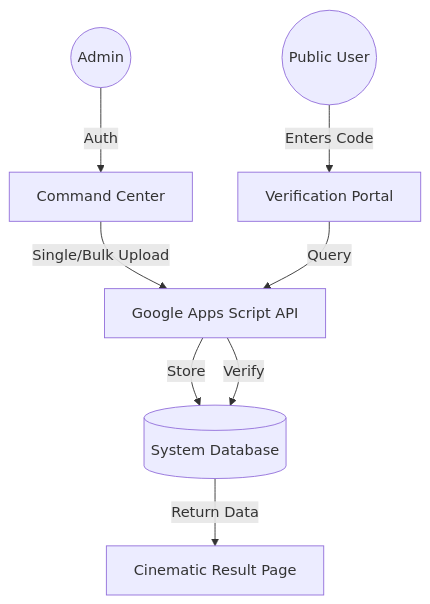
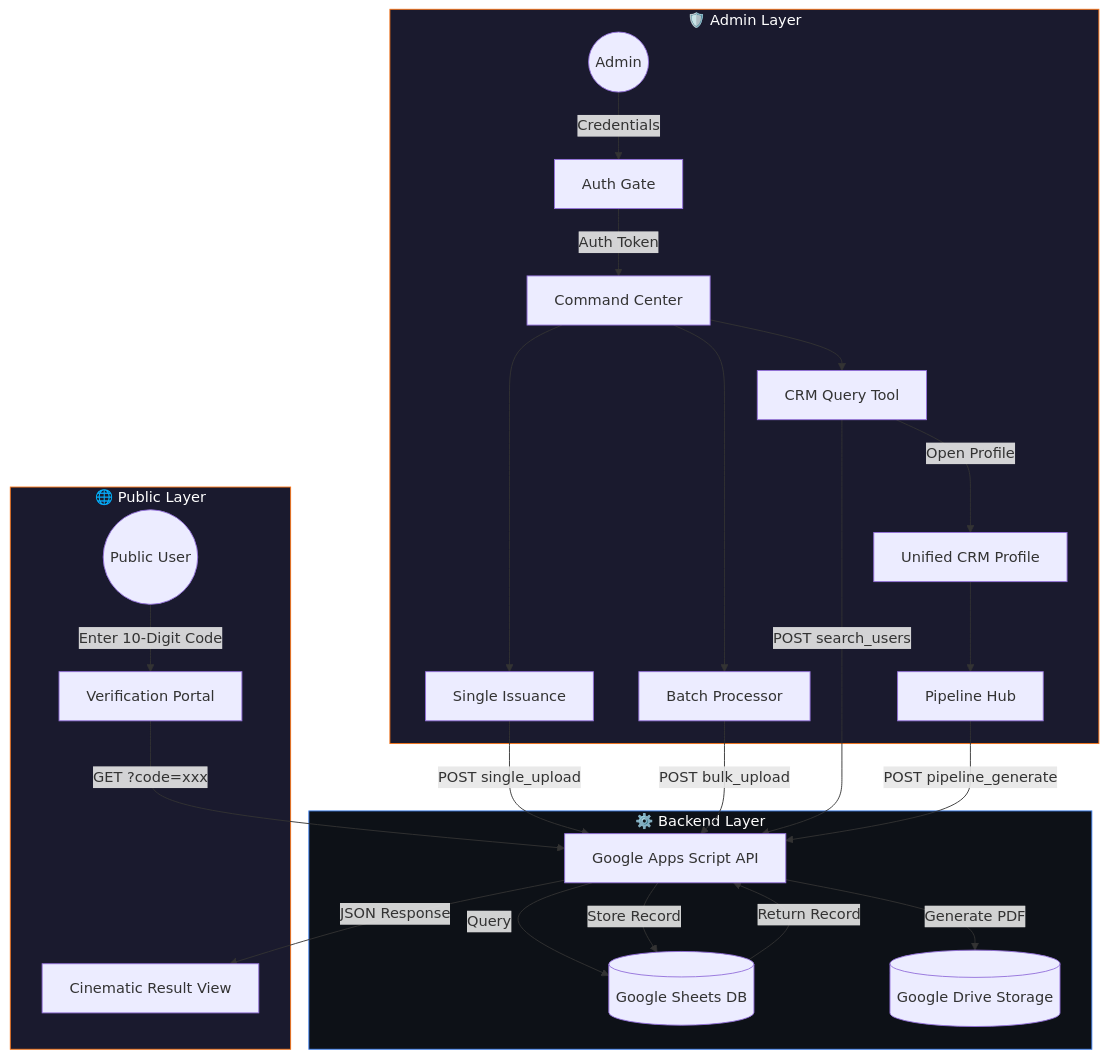
One commit to santanu949/Tiesverse-Verification-System changed the diagram in README.md. Above: the diagram before and after it, drawn with Mermaid. The commit also changed other lines of this file, not shown here.

Commit message:
docs: comprehensive README upgrade with architecture diagram, full feature matrix, and project structure

````diff
--- a/README.md
+++ b/README.md
@@ -35,11 +69,47 @@
 ```mermaid
 graph TD
-    Admin((Admin)) -->|Auth| CC[Command Center]
-    CC -->|Single/Bulk Upload| GAS[Google Apps Script API]
-    GAS -->|Store| Sheets[(System Database)]
-    
-    User((Public User)) -->|Enters Code| Portal[Verification Portal]
-    Portal -->|Query| GAS
-    GAS -->|Verify| Sheets
-    Sheets -->|Return Data| Result[Cinematic Result Page]
+    subgraph Public["🌐 Public Layer"]
+        User((Public User))
+        Portal[Verification Portal]
+        Result[Cinematic Result View]
+    end
+
+    subgraph Admin["🛡️ Admin Layer"]
+        AdminUser((Admin))
+        Login[Auth Gate]
+        CMD[Command Center]
+        Single[Single Issuance]
+        Batch[Batch Processor]
+        CRM[CRM Query Tool]
+        Profile[Unified CRM Profile]
+        Pipeline[Pipeline Hub]
+    end
+
+    subgraph Backend["⚙️ Backend Layer"]
+        GAS[Google Apps Script API]
+        Sheets[(Google Sheets DB)]
+        Drive[(Google Drive Storage)]
+    end
+
+    User -->|Enter 10-Digit Code| Portal
+    Portal -->|GET ?code=xxx| GAS
+    GAS -->|Query| Sheets
+    Sheets -->|Return Record| GAS
+    GAS -->|JSON Response| Result
+
+    AdminUser -->|Credentials| Login
+    Login -->|Auth Token| CMD
+    CMD --> Single & Batch & CRM
+    Single -->|POST single_upload| GAS
+    Batch -->|POST bulk_upload| GAS
+    CRM -->|POST search_users| GAS
+    CRM -->|Open Profile| Profile
+    Profile --> Pipeline
+    Pipeline -->|POST pipeline_generate| GAS
+    GAS -->|Generate PDF| Drive
+    GAS -->|Store Record| Sheets
+
+    style Public fill:#1a1a2e,stroke:#f97316,color:#fff
+    style Admin fill:#1a1a2e,stroke:#f97316,color:#fff
+    style Backend fill:#0d1117,stroke:#4285F4,color:#fff
 ```
````
